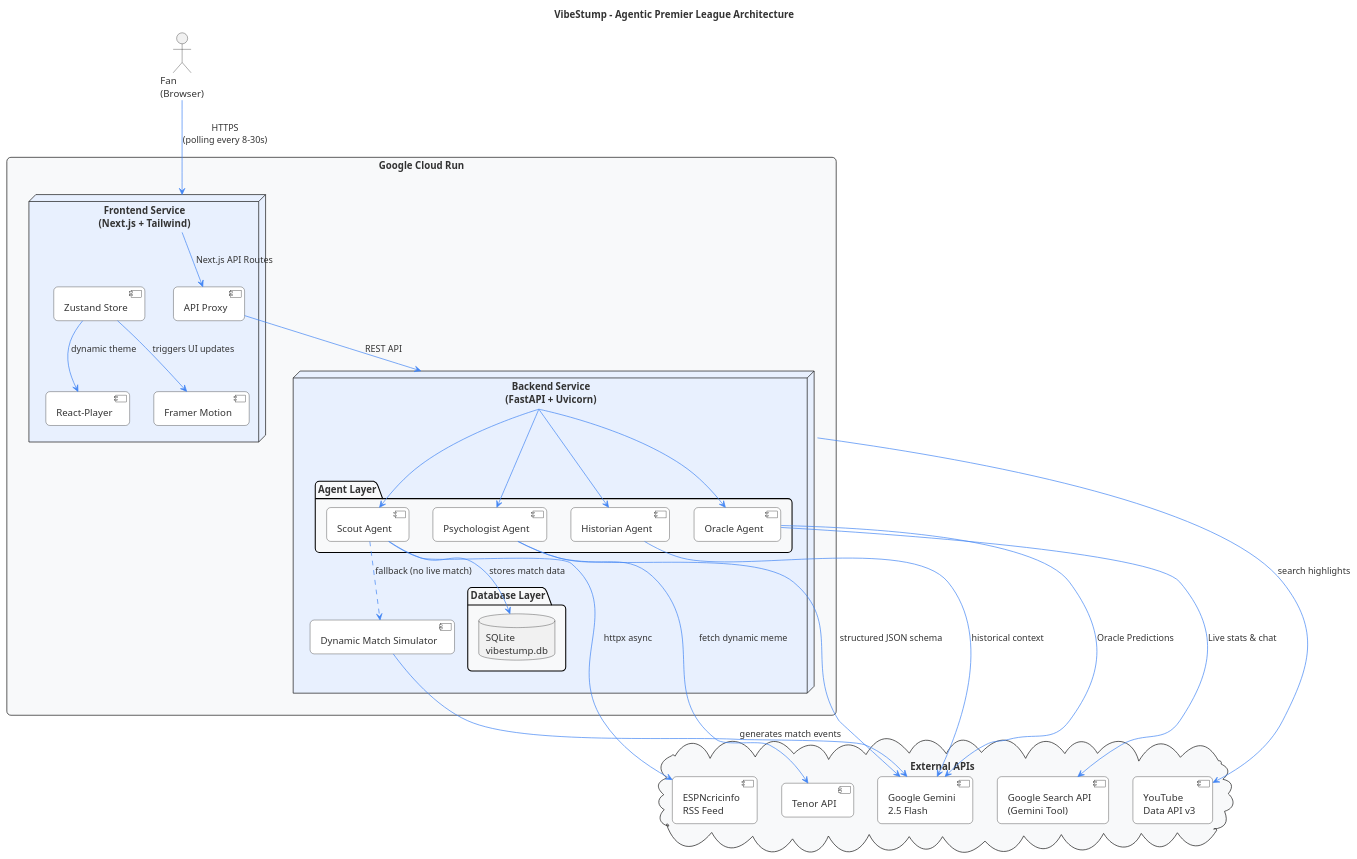
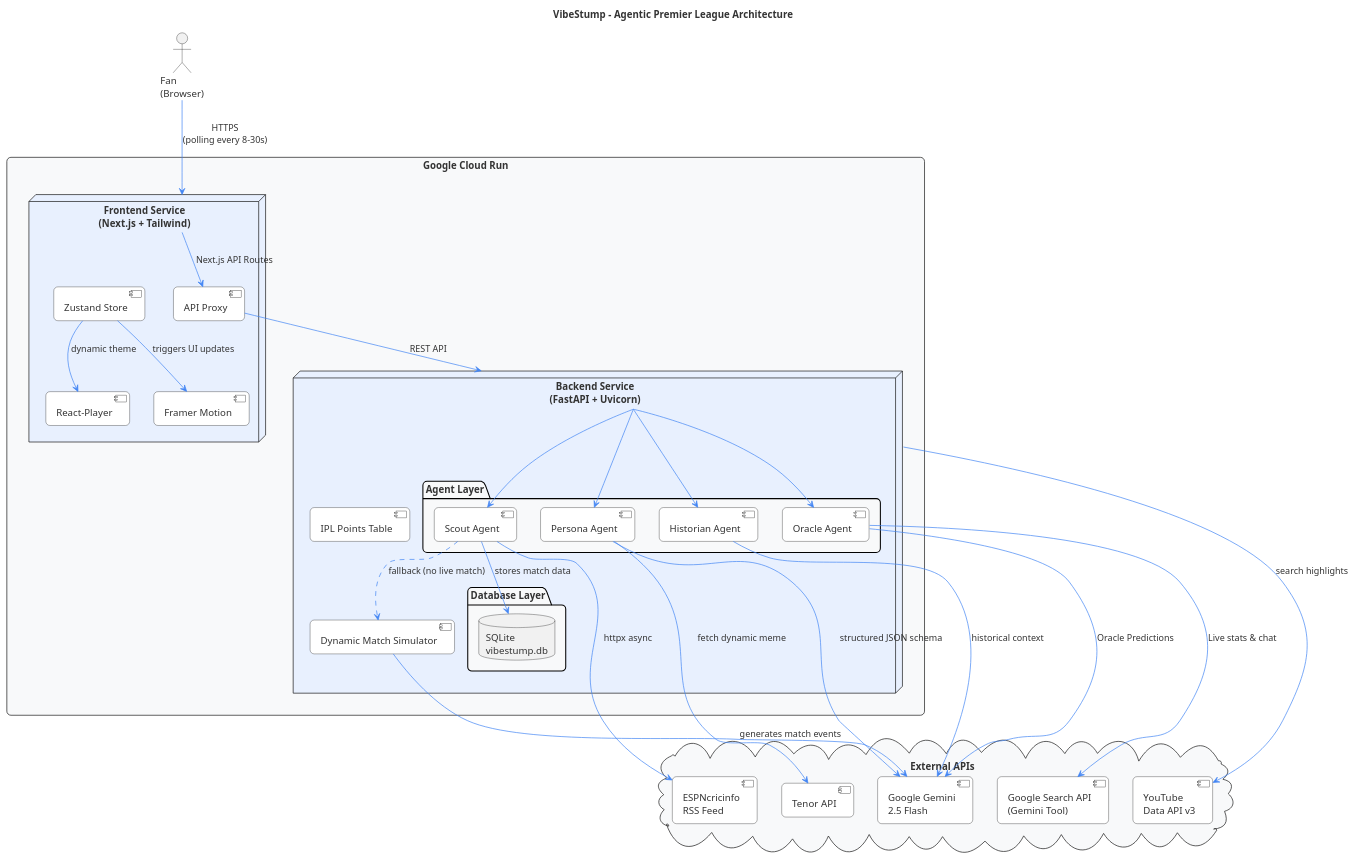
The diagram in architecture.puml (SundareshwaranSukumar/VibeStump), drawn with PlantUML before and after one commit. The commit also changed 15 other files, not shown here.

```diff
--- a/architecture.puml
+++ b/architecture.puml
@@ -1,77 +1,78 @@
 @startuml VibeStump_Architecture
 
 skinparam defaultFontName Arial
 skinparam roundcorner 12
 skinparam backgroundColor #FFFFFF
 skinparam defaultFontColor #333333
 skinparam packageBackgroundColor #F8F9FA
 skinparam nodeBackgroundColor #E8F0FE
 skinparam componentBackgroundColor #FFFFFF
 skinparam arrowColor #4285F4
 
 title VibeStump - Agentic Premier League Architecture
 
 actor "Fan\n(Browser)" as Fan
 
 rectangle "Google Cloud Run" {
 
   node "Frontend Service\n(Next.js + Tailwind)" as FE {
     [Zustand Store] as Store
     [Framer Motion] as Animations
     [React-Player] as Background
     [API Proxy] as Proxy
   }
 
   node "Backend Service\n(FastAPI + Uvicorn)" as BE {
     
     package "Agent Layer" {
       [Scout Agent] as Scout
-      [Psychologist Agent] as Psych
+      [Persona Agent] as Persona
       [Historian Agent] as Hist
       [Oracle Agent] as Oracle
     }
 
     package "Database Layer" {
       database "SQLite\nvibestump.db" as DB
     }
     
+    [IPL Points Table] as Points
     [Dynamic Match Simulator] as Sim
   }
 }
 
 cloud "External APIs" {
   [ESPNcricinfo\nRSS Feed] as RSS
   [Google Gemini\n2.5 Flash] as Gemini
   [Google Search API\n(Gemini Tool)] as GSearch
   [Tenor API] as Tenor
   [YouTube\nData API v3] as YT
 }
 
 ' -- Data Flow --
 Fan --> FE : HTTPS\n(polling every 8-30s)
 FE --> Proxy : Next.js API Routes
 Proxy --> BE : REST API
 
 BE --> Scout
 Scout --> RSS : httpx async
 Scout ..> Sim : fallback (no live match)
 Sim --> Gemini : generates match events
 Scout --> DB : stores match data
 
-BE --> Psych
-Psych --> Gemini : structured JSON schema
-Psych --> Tenor : fetch dynamic meme
+BE --> Persona
+Persona --> Gemini : structured JSON schema
+Persona --> Tenor : fetch dynamic meme
 
 BE --> Hist
 Hist --> Gemini : historical context
 
 BE --> Oracle
 Oracle --> Gemini : Oracle Predictions
 Oracle --> GSearch : Live stats & chat
 
 BE --> YT : search highlights
 
 Store --> Animations : triggers UI updates
 Store --> Background : dynamic theme
 
 @enduml
```
